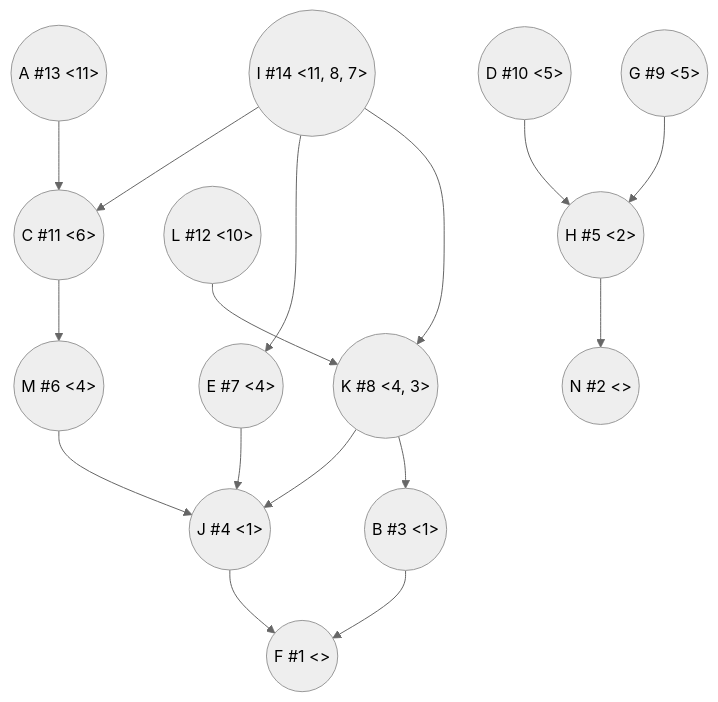
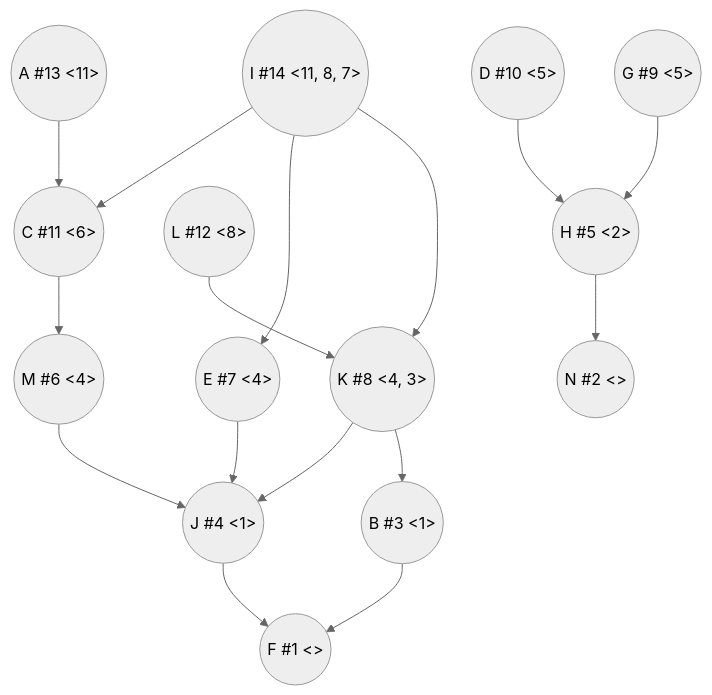
Before and after one commit to hse-algo-24-crow/manual-tasks-crow: the third of 4 diagrams in task-7/solution.md, drawn with Mermaid (neutral theme). The commit also changed other lines of this file, not shown here.

````diff
--- a/task-7/solution.md
+++ b/task-7/solution.md
@@ -96,18 +96,18 @@
 ```mermaid
 graph TB
 A((A #13 <11>)) --> C((C #11 <6>))
 I((I #14 <11, 8, 7>)) --> C
 I --> E((E #7 <4>))
 I --> K((K #8 <4, 3>))
-L((L #12 <10>)) --> K
+L((L #12 <8>)) --> K
 D((D #10 <5>)) --> H((H #5 <2>))
 G((G #9 <5>)) --> H
 H --> N((N #2 <>))
 C --> M((M #6 <4>))
 M --> J((J #4 <1>))
 E --> J
 K --> J
 K --> B((B #3 <1>))
 J --> F((F #1 <>))
 B --> F
 ```
````
